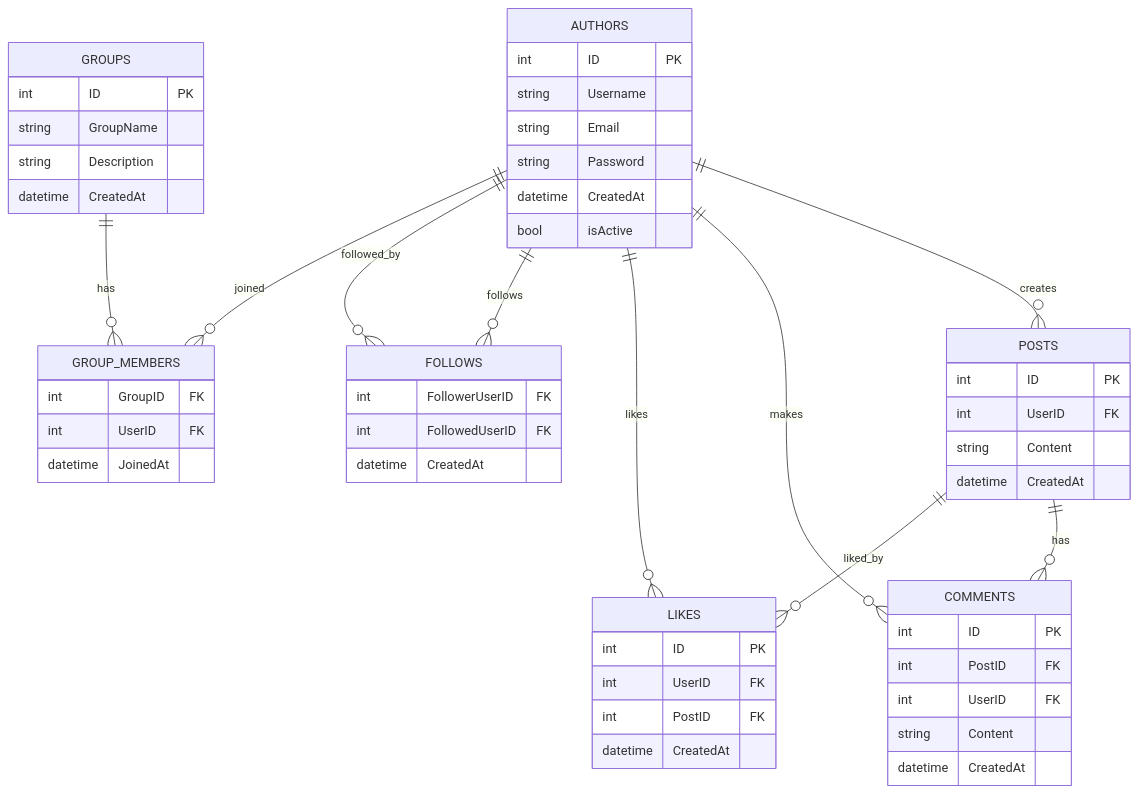
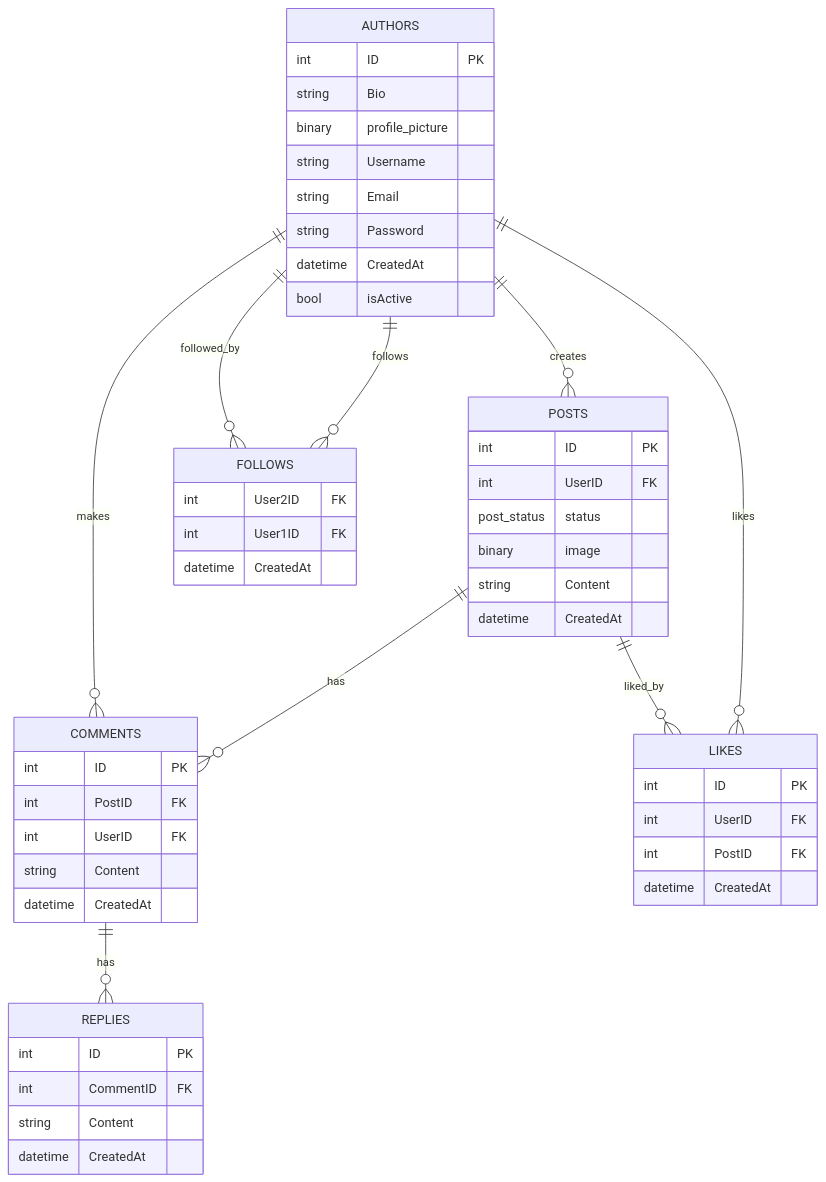
The diagram in docs/ERD.md (Apolo151/eSocialize-backend), drawn with Mermaid before and after one commit.

Commit message:
update erd

````diff
--- a/docs/ERD.md
+++ b/docs/ERD.md
@@ -1,64 +1,62 @@
 ```mermaid
 erDiagram
     %% Define Entities and Their Attributes
     AUTHORS {
       int ID PK
+      string Bio
+      binary profile_picture
       string Username
       string Email
       string Password
       datetime CreatedAt
       bool isActive
     }
     
     POSTS {
       int ID PK
       int UserID FK
+      post_status status
+      binary image
       string Content
       datetime CreatedAt
     }
     
     COMMENTS {
       int ID PK
       int PostID FK
       int UserID FK
       string Content
       datetime CreatedAt
     }
+
+    REPLIES {
+      int ID PK
+      int CommentID FK
+      string Content
+      datetime CreatedAt
+    }
+
+    FOLLOWS {
+      int User2ID FK
+      int User1ID FK
+      datetime CreatedAt
+    }
     
     LIKES {
       int ID PK
       int UserID FK
       int PostID FK
       datetime CreatedAt
     }
     
-    GROUPS {
-      int ID PK
-      string GroupName
-      string Description
-      datetime CreatedAt
-    }
-
-    GROUP_MEMBERS {
-      int GroupID FK
-      int UserID FK
-      datetime JoinedAt
-    }
-
-    FOLLOWS {
-      int FollowerUserID FK
-      int FollowedUserID FK
-      datetime CreatedAt
-    }
     
     %% Define Relationships
     AUTHORS ||--o{ POSTS: "creates"
     POSTS ||--o{ COMMENTS: "has"
     AUTHORS ||--o{ COMMENTS: "makes"
     AUTHORS ||--o{ LIKES: "likes"
     POSTS ||--o{ LIKES: "liked_by"
     AUTHORS ||--o{ FOLLOWS: "follows"
     AUTHORS ||--o{ FOLLOWS : "followed_by"
-    GROUPS ||--o{ GROUP_MEMBERS: "has"
-    AUTHORS ||--o{ GROUP_MEMBERS: "joined"
+    COMMENTS ||--o{ REPLIES: "has"
 ```
````
